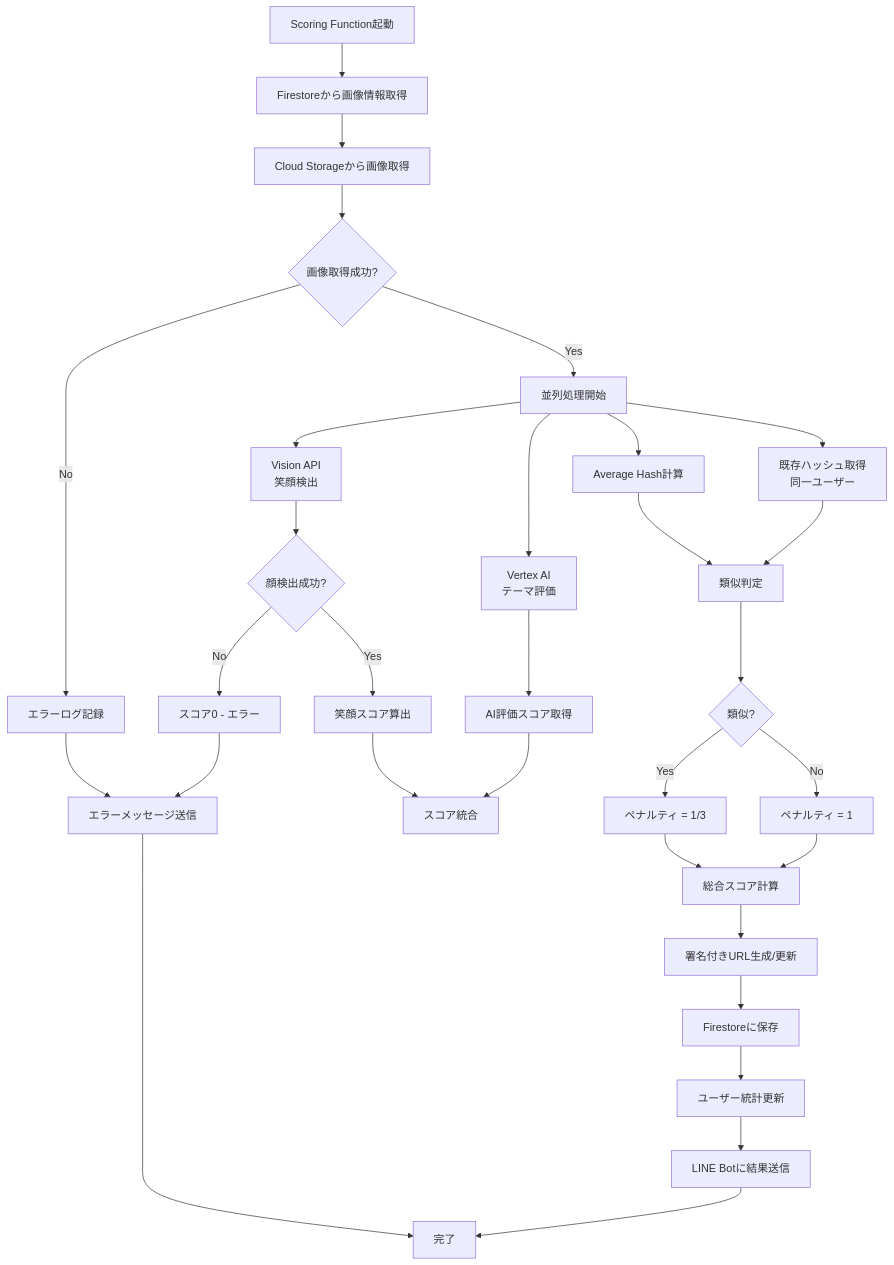
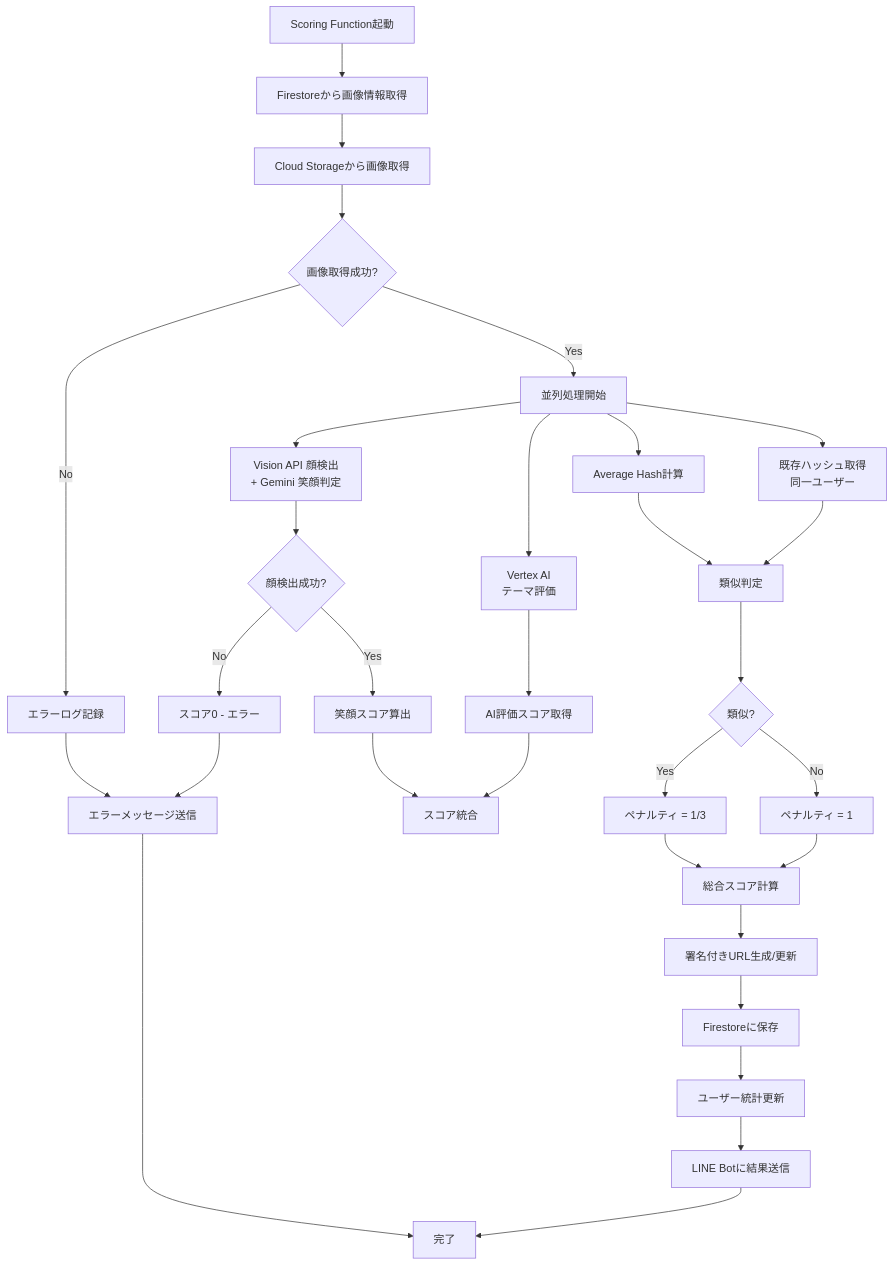
One commit to nakayamaryo0731/wedding_smile_catcher changed the diagram in docs/api/scoring.md. Above: the diagram before and after it, drawn with Mermaid. The commit also changed other lines of this file and 6 other files, not shown here.

Commit message:
docs: describe smile detection with Gemini after Vision joy likelihood deprecation (#628)

````diff
--- a/docs/api/scoring.md
+++ b/docs/api/scoring.md
@@ -68,40 +68,40 @@
 ```mermaid
 graph TD
     A[Scoring Function起動] --> B[Firestoreから画像情報取得]
     B --> C[Cloud Storageから画像取得]
     C --> D{画像取得成功?}
     D -->|No| E[エラーログ記録]
     D -->|Yes| F[並列処理開始]
 
-    F --> G[Vision API<br/>笑顔検出]
+    F --> G[Vision API 顔検出<br/>+ Gemini 笑顔判定]
     F --> H[Vertex AI<br/>テーマ評価]
     F --> I[Average Hash計算]
     F --> J[既存ハッシュ取得<br/>同一ユーザー]
 
     G --> K{顔検出成功?}
     K -->|No| L[スコア0 - エラー]
     K -->|Yes| M[笑顔スコア算出]
 
     H --> N[AI評価スコア取得]
     I --> O[類似判定]
     J --> O
 
     M --> P[スコア統合]
     N --> P
     O --> Q{類似?}
     Q -->|Yes| R[ペナルティ = 1/3]
     Q -->|No| S[ペナルティ = 1]
 
     R --> T[総合スコア計算]
     S --> T
 
     T --> U[署名付きURL生成/更新]
     U --> V[Firestoreに保存]
     V --> W[ユーザー統計更新]
     W --> X[LINE Botに結果送信]
     X --> Y[完了]
 
     L --> Z[エラーメッセージ送信]
     E --> Z
     Z --> Y
 ```
````
